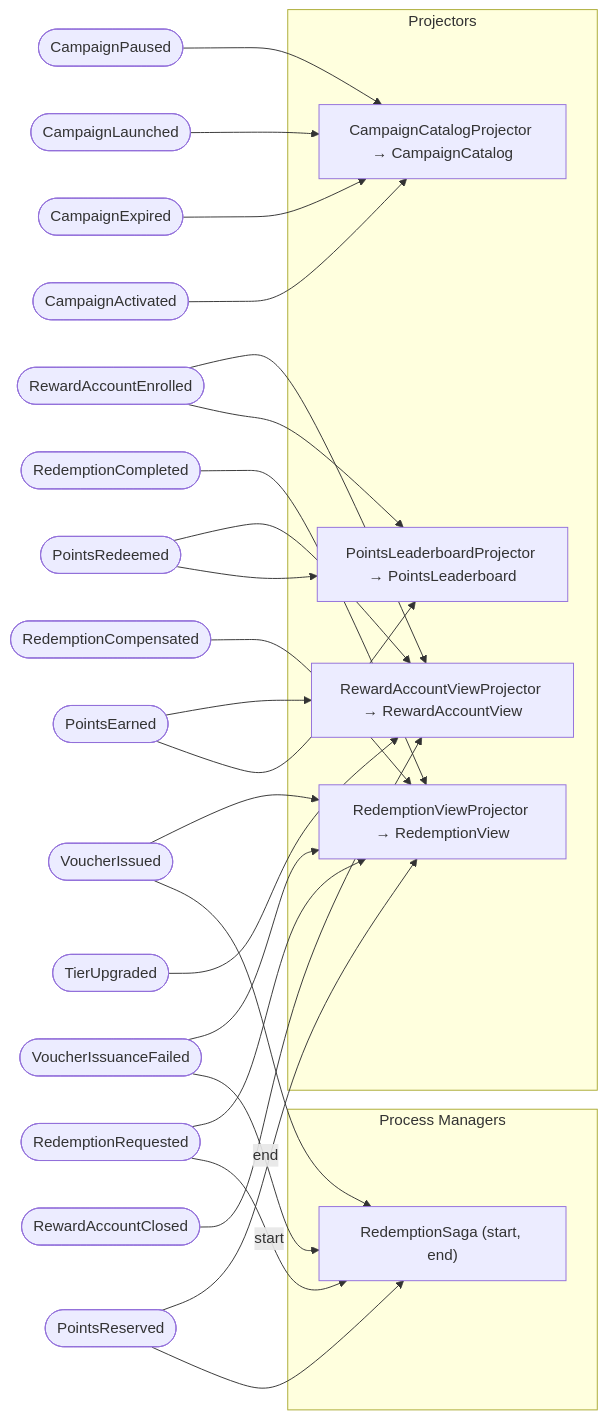
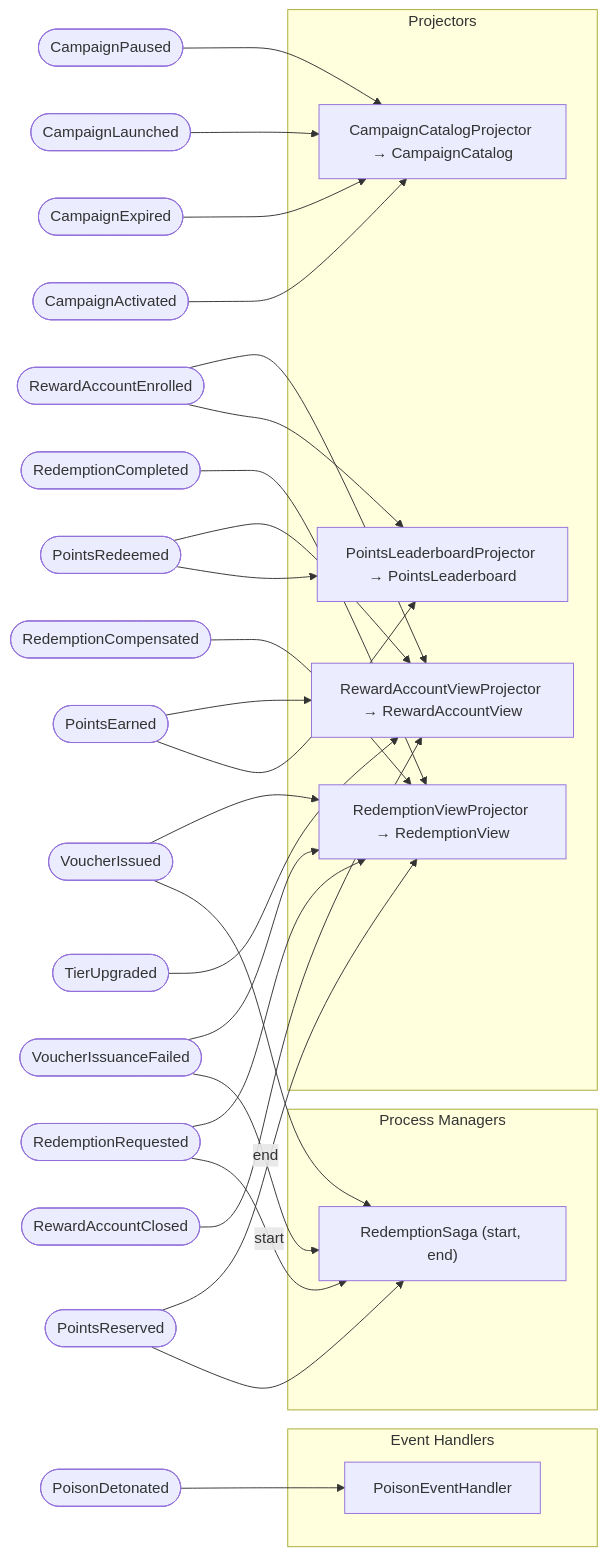
The sixth of 6 diagrams in docs/loyalty/event-flows.md (proteanhq/shopstream), drawn with Mermaid before and after one commit. The commit also changed other lines of this file and 12 other files, not shown here.

First line of the commit message:
loyalty: async command + DLQ engine integration test (backlog #1 + #2) (#22)

````diff
--- a/docs/loyalty/event-flows.md
+++ b/docs/loyalty/event-flows.md
@@ -103,49 +118,54 @@
 ```mermaid
 flowchart LR
     evt_loyalty_campaign_events_CampaignActivated([CampaignActivated])
     evt_loyalty_campaign_events_CampaignExpired([CampaignExpired])
     evt_loyalty_campaign_events_CampaignLaunched([CampaignLaunched])
     evt_loyalty_campaign_events_CampaignPaused([CampaignPaused])
+    evt_loyalty_dlq_poison_PoisonDetonated([PoisonDetonated])
     evt_loyalty_redemption_events_PointsReserved([PointsReserved])
     evt_loyalty_redemption_events_RedemptionCompensated([RedemptionCompensated])
     evt_loyalty_redemption_events_RedemptionCompleted([RedemptionCompleted])
     evt_loyalty_redemption_events_RedemptionRequested([RedemptionRequested])
     evt_loyalty_redemption_events_VoucherIssuanceFailed([VoucherIssuanceFailed])
     evt_loyalty_redemption_events_VoucherIssued([VoucherIssued])
     evt_loyalty_reward_events_PointsEarned([PointsEarned])
     evt_loyalty_reward_events_PointsRedeemed([PointsRedeemed])
     evt_loyalty_reward_events_RewardAccountClosed([RewardAccountClosed])
     evt_loyalty_reward_events_RewardAccountEnrolled([RewardAccountEnrolled])
     evt_loyalty_reward_events_TierUpgraded([TierUpgraded])
+    subgraph event_handlers["Event Handlers"]
+        eh_loyalty_dlq_poison_PoisonEventHandler[PoisonEventHandler]
+    end
     subgraph process_managers["Process Managers"]
         pm_loyalty_redemption_saga_RedemptionSaga["RedemptionSaga (start, end)"]
     end
     subgraph projectors["Projectors"]
         proj_loyalty_projections_campaign_catalog_CampaignCatalogProjector[CampaignCatalogProjector → CampaignCatalog]
         proj_loyalty_projections_points_leaderboard_PointsLeaderboardProjector[PointsLeaderboardProjector → PointsLeaderboard]
         proj_loyalty_projections_redemption_view_RedemptionViewProjector[RedemptionViewProjector → RedemptionView]
         proj_loyalty_projections_reward_account_view_RewardAccountViewProjector[RewardAccountViewProjector → RewardAccountView]
     end
+    evt_loyalty_dlq_poison_PoisonDetonated --> eh_loyalty_dlq_poison_PoisonEventHandler
     evt_loyalty_redemption_events_PointsReserved --> pm_loyalty_redemption_saga_RedemptionSaga
     evt_loyalty_redemption_events_RedemptionRequested -->|start| pm_loyalty_redemption_saga_RedemptionSaga
     evt_loyalty_redemption_events_VoucherIssuanceFailed -->|end| pm_loyalty_redemption_saga_RedemptionSaga
     evt_loyalty_redemption_events_VoucherIssued --> pm_loyalty_redemption_saga_RedemptionSaga
     evt_loyalty_campaign_events_CampaignActivated --> proj_loyalty_projections_campaign_catalog_CampaignCatalogProjector
     evt_loyalty_campaign_events_CampaignExpired --> proj_loyalty_projections_campaign_catalog_CampaignCatalogProjector
     evt_loyalty_campaign_events_CampaignLaunched --> proj_loyalty_projections_campaign_catalog_CampaignCatalogProjector
     evt_loyalty_campaign_events_CampaignPaused --> proj_loyalty_projections_campaign_catalog_CampaignCatalogProjector
     evt_loyalty_reward_events_PointsEarned --> proj_loyalty_projections_points_leaderboard_PointsLeaderboardProjector
     evt_loyalty_reward_events_PointsRedeemed --> proj_loyalty_projections_points_leaderboard_PointsLeaderboardProjector
     evt_loyalty_reward_events_RewardAccountEnrolled --> proj_loyalty_projections_points_leaderboard_PointsLeaderboardProjector
     evt_loyalty_redemption_events_PointsReserved --> proj_loyalty_projections_redemption_view_RedemptionViewProjector
     evt_loyalty_redemption_events_RedemptionCompensated --> proj_loyalty_projections_redemption_view_RedemptionViewProjector
     evt_loyalty_redemption_events_RedemptionCompleted --> proj_loyalty_projections_redemption_view_RedemptionViewProjector
     evt_loyalty_redemption_events_RedemptionRequested --> proj_loyalty_projections_redemption_view_RedemptionViewProjector
     evt_loyalty_redemption_events_VoucherIssuanceFailed --> proj_loyalty_projections_redemption_view_RedemptionViewProjector
     evt_loyalty_redemption_events_VoucherIssued --> proj_loyalty_projections_redemption_view_RedemptionViewProjector
     evt_loyalty_reward_events_PointsEarned --> proj_loyalty_projections_reward_account_view_RewardAccountViewProjector
     evt_loyalty_reward_events_PointsRedeemed --> proj_loyalty_projections_reward_account_view_RewardAccountViewProjector
     evt_loyalty_reward_events_RewardAccountClosed --> proj_loyalty_projections_reward_account_view_RewardAccountViewProjector
     evt_loyalty_reward_events_RewardAccountEnrolled --> proj_loyalty_projections_reward_account_view_RewardAccountViewProjector
     evt_loyalty_reward_events_TierUpgraded --> proj_loyalty_projections_reward_account_view_RewardAccountViewProjector
 ```
````
